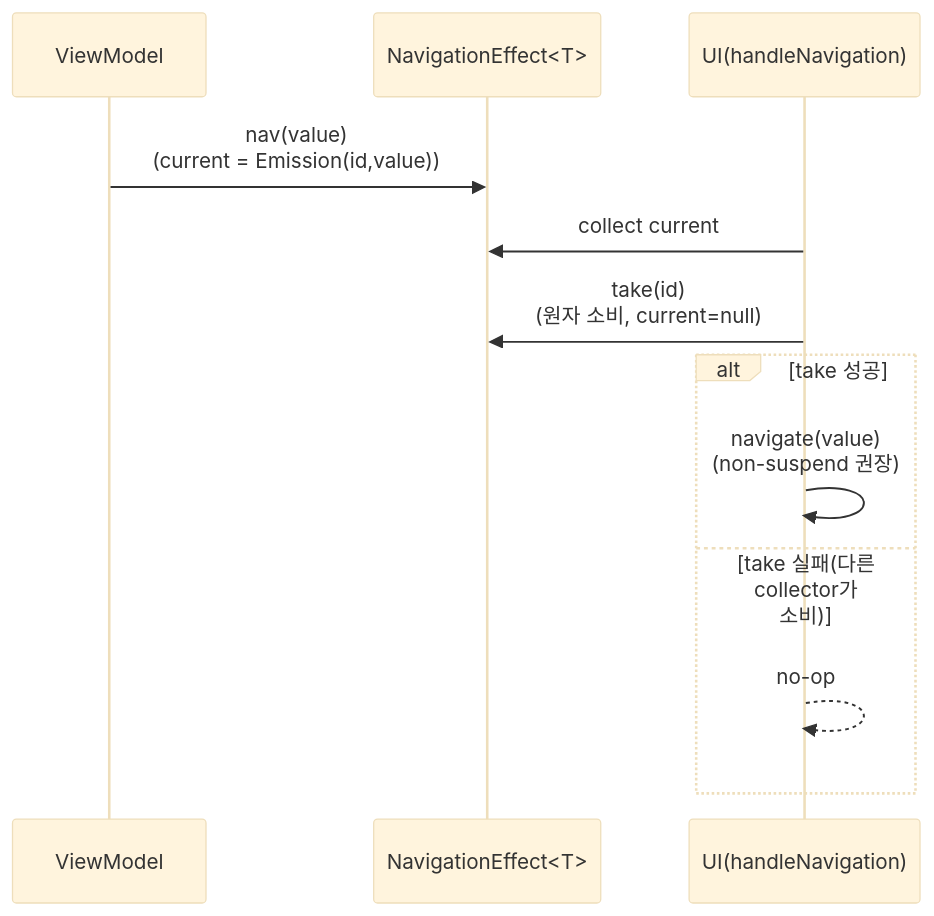
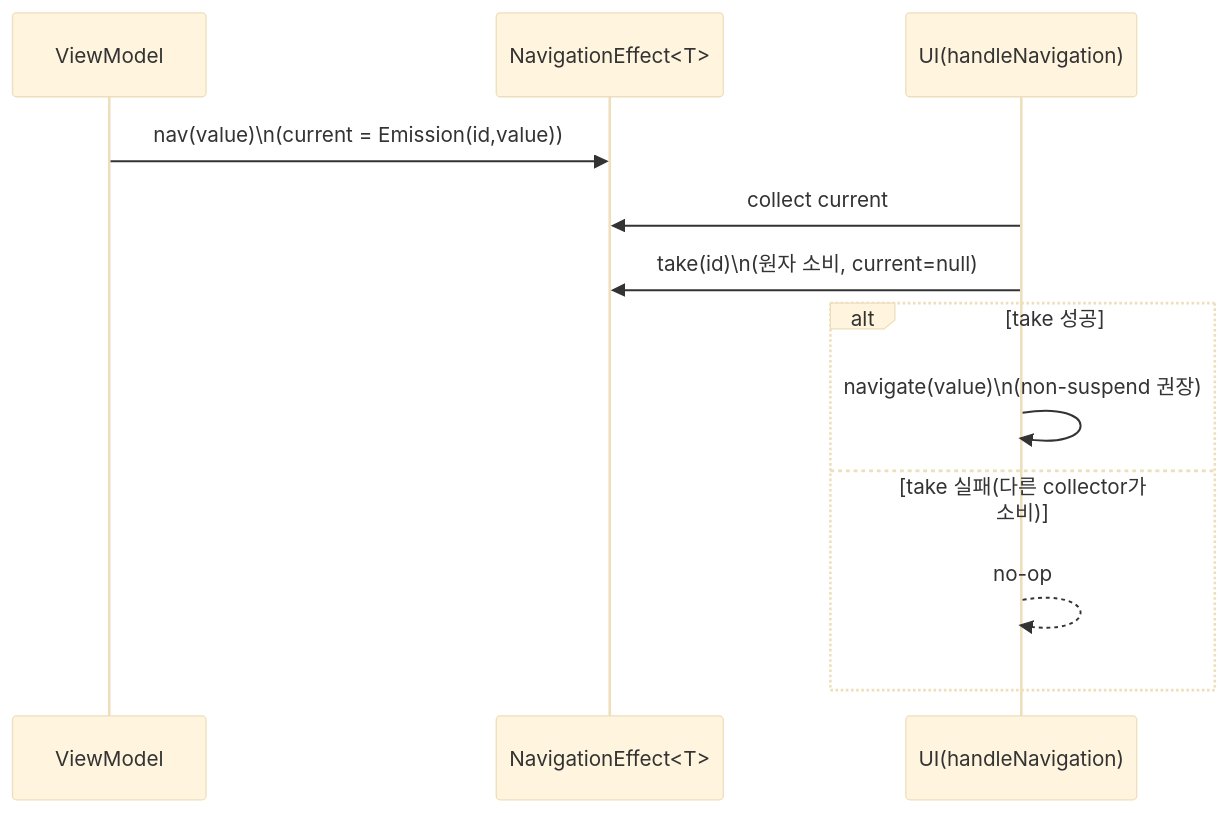
One commit to kez-lab/kez-lab.github.io changed the third of 3 diagrams in _posts/2026/02/2026-02-17-viewmodel-single-event.md. Above: the diagram before and after it, drawn with Mermaid (base theme). The commit also changed other lines of this file, not shown here.

Commit message:
fix: simplify mermaid 4.1 diagrams for parser compatibility

````diff
--- a/_posts/2026/02/2026-02-17-viewmodel-single-event.md
+++ b/_posts/2026/02/2026-02-17-viewmodel-single-event.md
@@ -134,15 +134,15 @@
 ```mermaid
 sequenceDiagram
   participant VM as ViewModel
   participant NE as NavigationEffect<T>
   participant UI as UI(handleNavigation)
 
-  VM->>NE: nav(value)<br/>(current = Emission(id,value))
+  VM->>NE: nav(value)\n(current = Emission(id,value))
   UI->>NE: collect current
-  UI->>NE: take(id)<br/>(원자 소비, current=null)
+  UI->>NE: take(id)\n(원자 소비, current=null)
   alt take 성공
-    UI->>UI: navigate(value)<br/>(non-suspend 권장)
+    UI->>UI: navigate(value)\n(non-suspend 권장)
   else take 실패(다른 collector가 소비)
     UI-->>UI: no-op
   end
 ```
````
